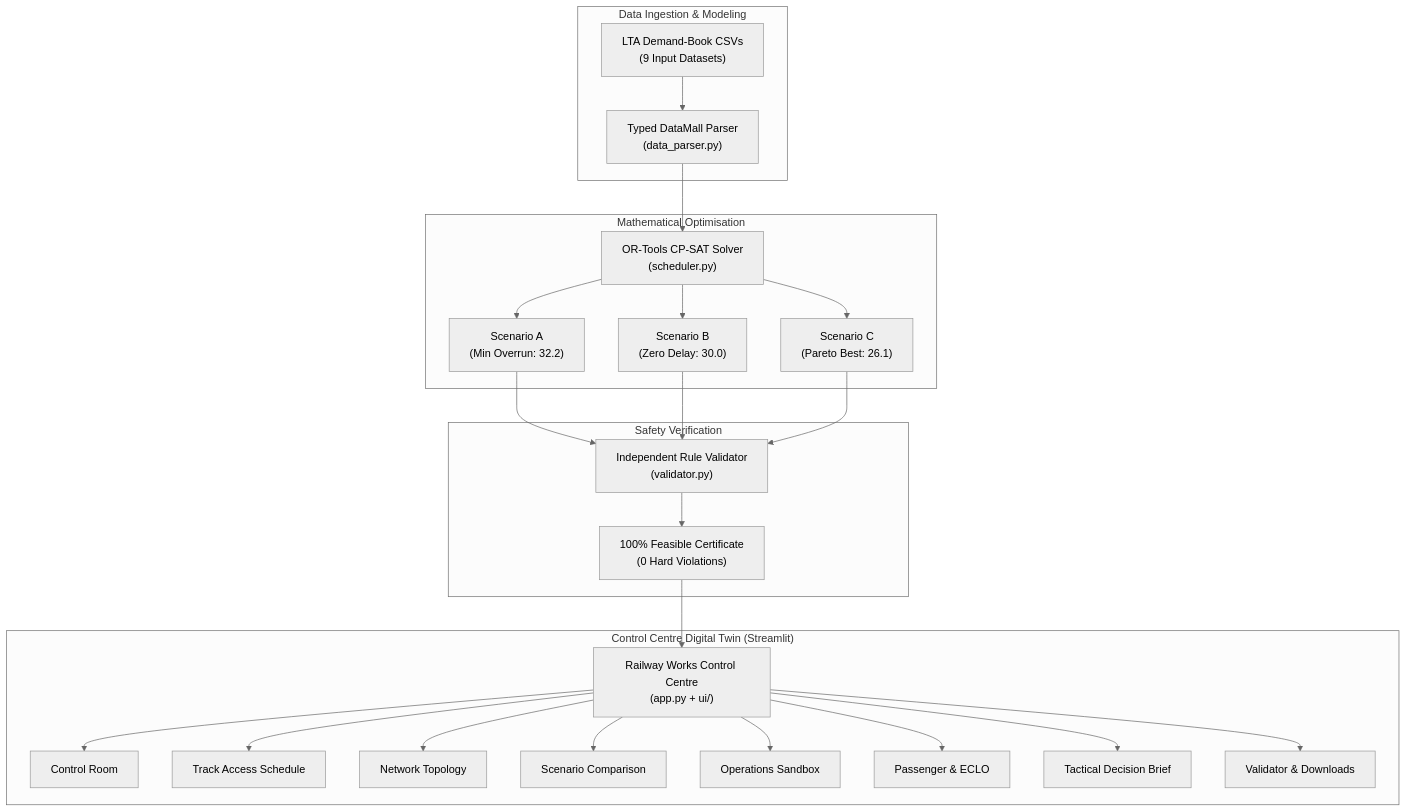
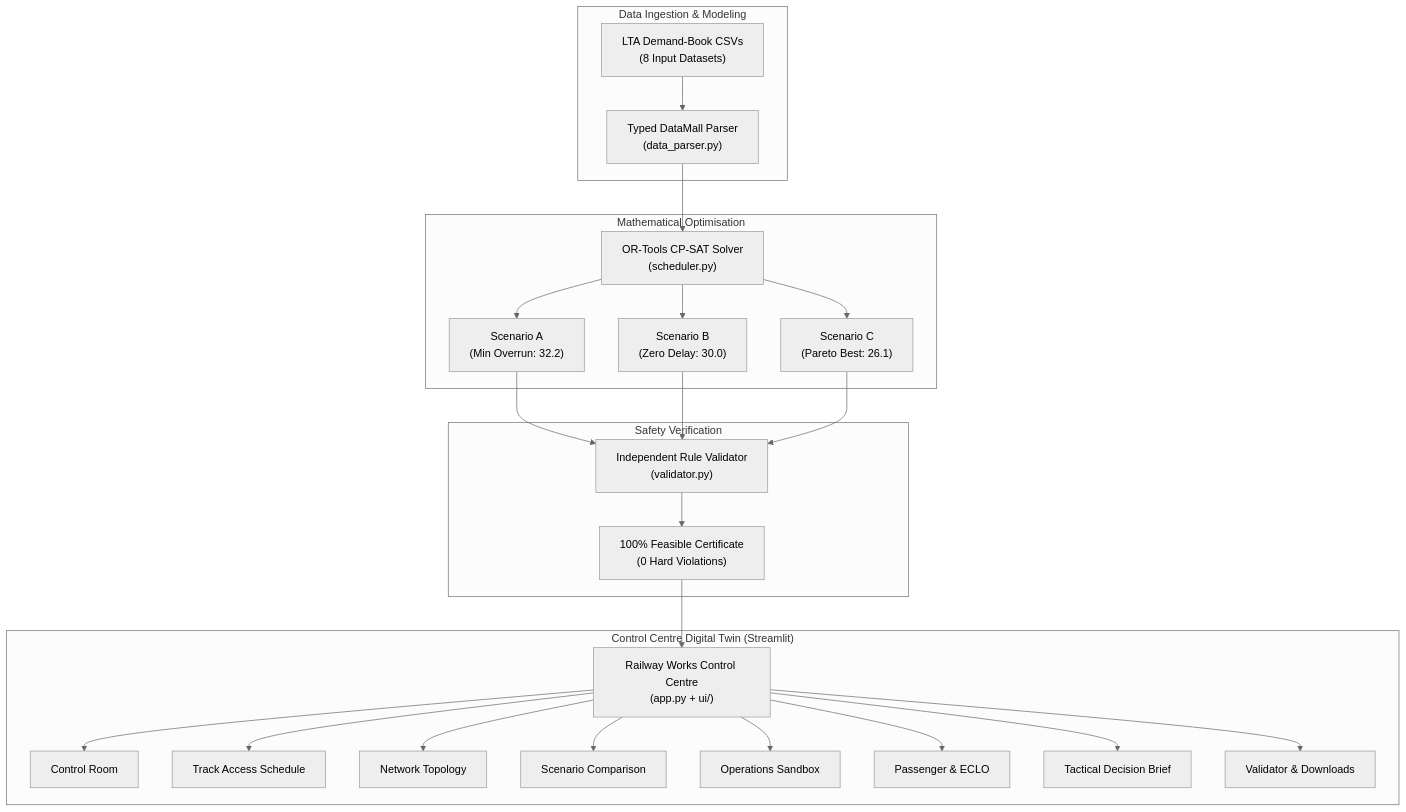
The diagram in README.md (LinXiaoya0228/NebulaX-Top10), drawn with Mermaid (neutral theme) before and after one commit. The commit also changed other lines of this file and 21 other files, not shown here.

````diff
--- a/README.md
+++ b/README.md
@@ -104,30 +127,30 @@
 ```mermaid
 flowchart TD
     subgraph Data Layer ["Data Ingestion & Modeling"]
-        D["LTA Demand-Book CSVs<br/>(9 Input Datasets)"] --> P["Typed DataMall Parser<br/>(data_parser.py)"]
+        D["LTA Demand-Book CSVs<br/>(8 Input Datasets)"] --> P["Typed DataMall Parser<br/>(data_parser.py)"]
     end
 
     subgraph Optimization Engine ["Mathematical Optimisation"]
         P --> CP["OR-Tools CP-SAT Solver<br/>(scheduler.py)"]
         CP --> S1["Scenario A<br/>(Min Overrun: 32.2)"]
         CP --> S2["Scenario B<br/>(Zero Delay: 30.0)"]
         CP --> S3["Scenario C<br/>(Pareto Best: 26.1)"]
     end
 
     subgraph Validation ["Safety Verification"]
         S1 & S2 & S3 --> VAL["Independent Rule Validator<br/>(validator.py)"]
         VAL --> AUD["100% Feasible Certificate<br/>(0 Hard Violations)"]
     end
 
     subgraph Operations Control ["Control Centre Digital Twin (Streamlit)"]
         AUD --> UI["Railway Works Control Centre<br/>(app.py + ui/)"]
         UI --> M1["Control Room"]
         UI --> M2["Track Access Schedule"]
         UI --> M3["Network Topology"]
         UI --> M4["Scenario Comparison"]
         UI --> M5["Operations Sandbox"]
         UI --> M6["Passenger & ECLO"]
         UI --> M7["Tactical Decision Brief"]
         UI --> M8["Validator & Downloads"]
     end
 ```
````
